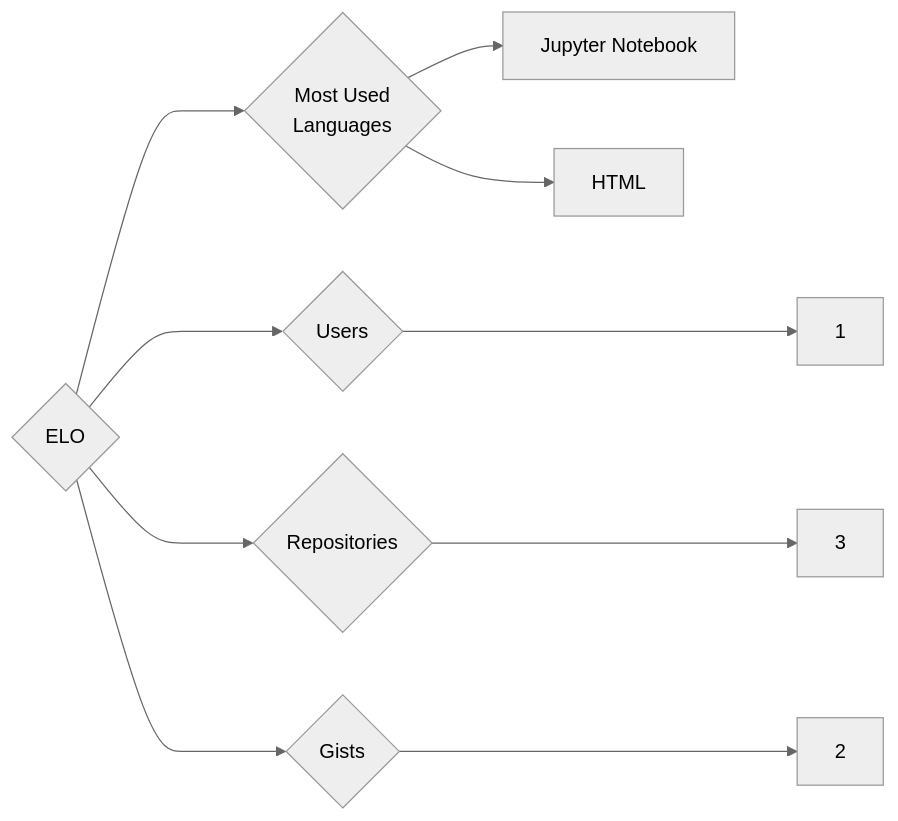
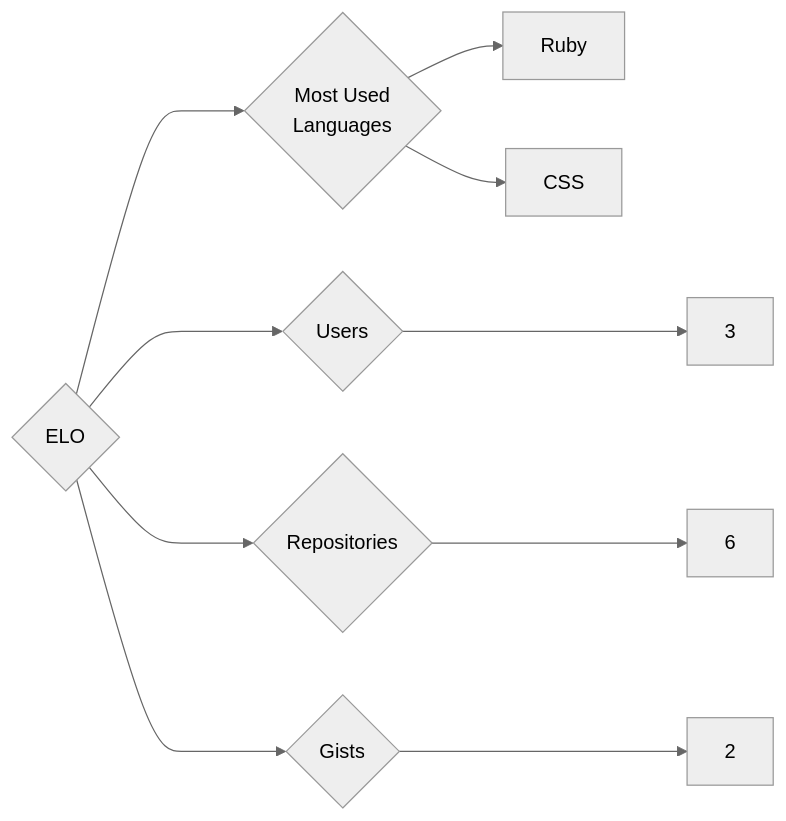
Before and after one commit to trickest/insiders: the diagram in targets/ELO/README.md, drawn with Mermaid (neutral theme). The commit also changed 1141 other files, not shown here.

````diff
--- a/targets/ELO/README.md
+++ b/targets/ELO/README.md
@@ -3,10 +3,10 @@
 ```mermaid
 graph LR
 COMPANY_NAME{ELO}
-COMPANY_NAME ---> U{Users} ---> UN[1]
-COMPANY_NAME ---> R{Repositories} ---> RN[3]
+COMPANY_NAME ---> U{Users} ---> UN[3]
+COMPANY_NAME ---> R{Repositories} ---> RN[6]
 COMPANY_NAME ---> G{Gists} ---> GN[2]
 COMPANY_NAME ---> ML{Most Used<br>Languages}
-ML --> Jupyter_Notebook[Jupyter Notebook]
-ML --> HTML[HTML]
+ML --> Ruby[Ruby]
+ML --> CSS[CSS]
 ```
````
